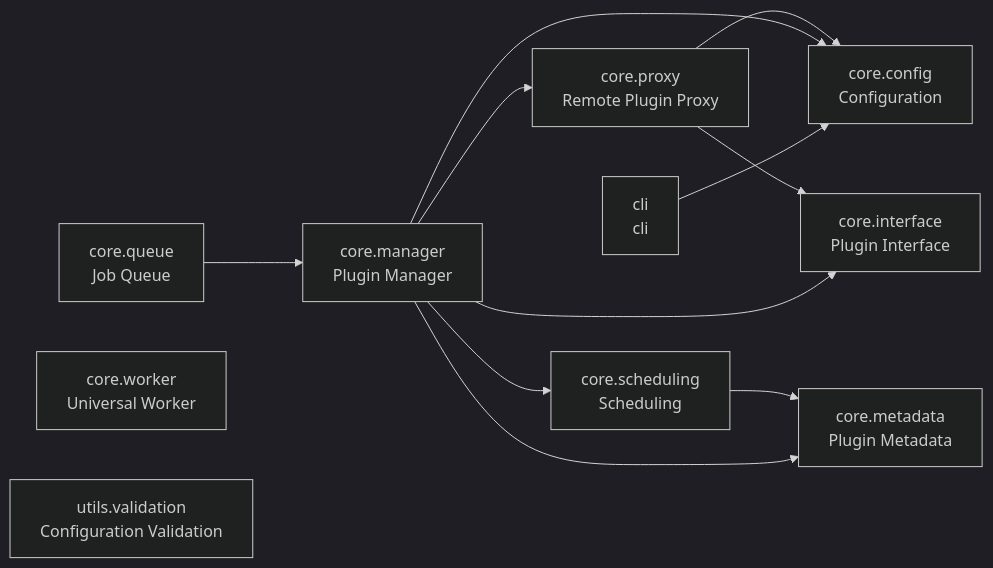
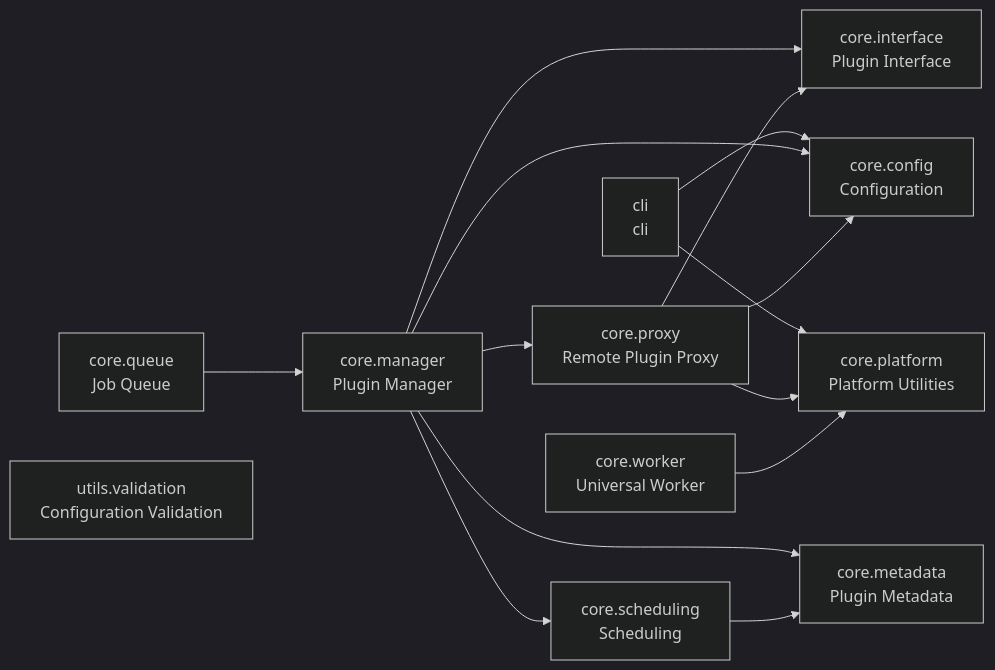
Before and after one commit to cj-mills/cjm-plugin-system: the diagram in README.md, drawn with Mermaid (dark theme). The commit also changed other lines of this file and 10 other files, not shown here.

Commit message:
Add cross-platform support by creating platform utilities module and removing /bin/bash hardcoding, Unix-specific signals, and grep dependencies.

````diff
--- a/README.md
+++ b/README.md
@@ -32,24 +33,28 @@
 ``` mermaid
 graph LR
     cli[cli<br/>cli]
     core_config[core.config<br/>Configuration]
     core_interface[core.interface<br/>Plugin Interface]
     core_manager[core.manager<br/>Plugin Manager]
     core_metadata[core.metadata<br/>Plugin Metadata]
+    core_platform[core.platform<br/>Platform Utilities]
     core_proxy[core.proxy<br/>Remote Plugin Proxy]
     core_queue[core.queue<br/>Job Queue]
     core_scheduling[core.scheduling<br/>Scheduling]
     core_worker[core.worker<br/>Universal Worker]
     utils_validation[utils.validation<br/>Configuration Validation]
 
+    cli --> core_platform
     cli --> core_config
-    core_manager --> core_config
-    core_manager --> core_metadata
-    core_manager --> core_interface
     core_manager --> core_proxy
     core_manager --> core_scheduling
+    core_manager --> core_interface
+    core_manager --> core_metadata
+    core_manager --> core_config
+    core_proxy --> core_interface
     core_proxy --> core_config
-    core_proxy --> core_interface
+    core_proxy --> core_platform
     core_queue --> core_manager
     core_scheduling --> core_metadata
+    core_worker --> core_platform
 ```
````
